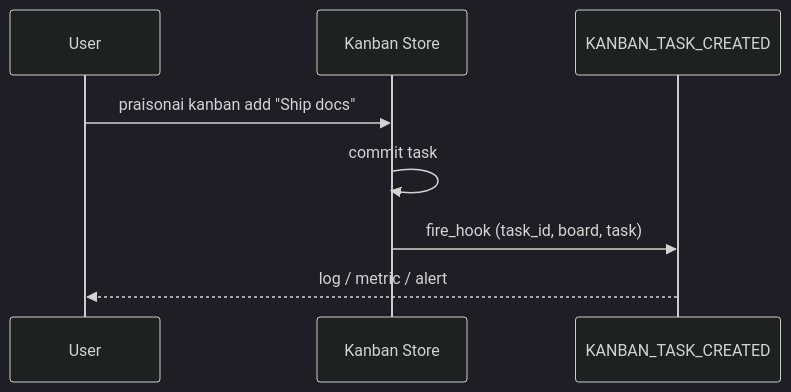
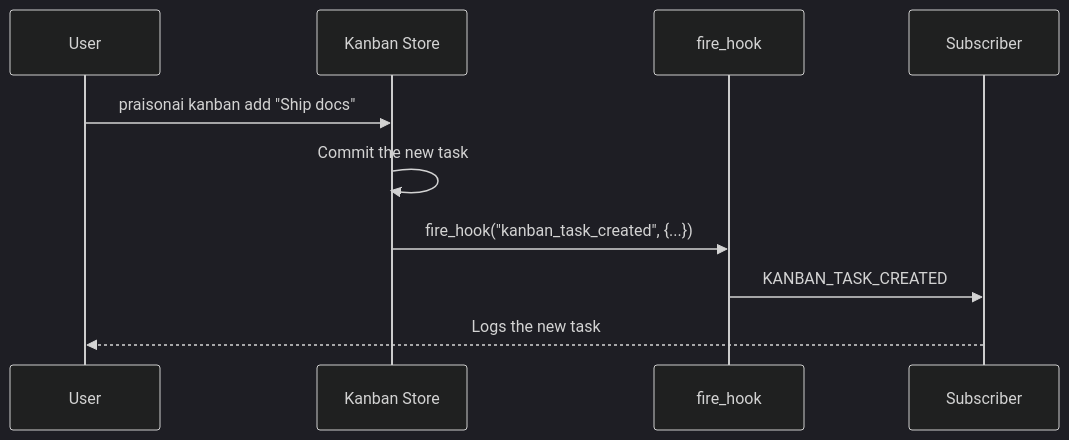
One commit to MervinPraison/PraisonAIDocs changed the eighth of 8 diagrams in docs/features/hook-events.mdx. Above: the diagram before and after it, drawn with Mermaid (dark theme). The commit also changed other lines of this file and 5 other files, not shown here.

Commit message:
docs: document fire_hook() public API + correct kanban/JOB_COMPLETED emission (fixes #4032)

````diff
--- a/docs/features/hook-events.mdx
+++ b/docs/features/hook-events.mdx
@@ -1166,11 +1179,13 @@
 ```mermaid
 sequenceDiagram
     participant User
     participant Store as Kanban Store
-    participant Hook as KANBAN_TASK_CREATED
+    participant Fire as fire_hook
+    participant Plugin as Subscriber
 
     User->>Store: praisonai kanban add "Ship docs"
-    Store->>Store: commit task
-    Store->>Hook: fire_hook (task_id, board, task)
-    Hook-->>User: log / metric / alert
+    Store->>Store: Commit the new task
+    Store->>Fire: fire_hook("kanban_task_created", {...})
+    Fire->>Plugin: KANBAN_TASK_CREATED
+    Plugin-->>User: Logs the new task
 ```
````
